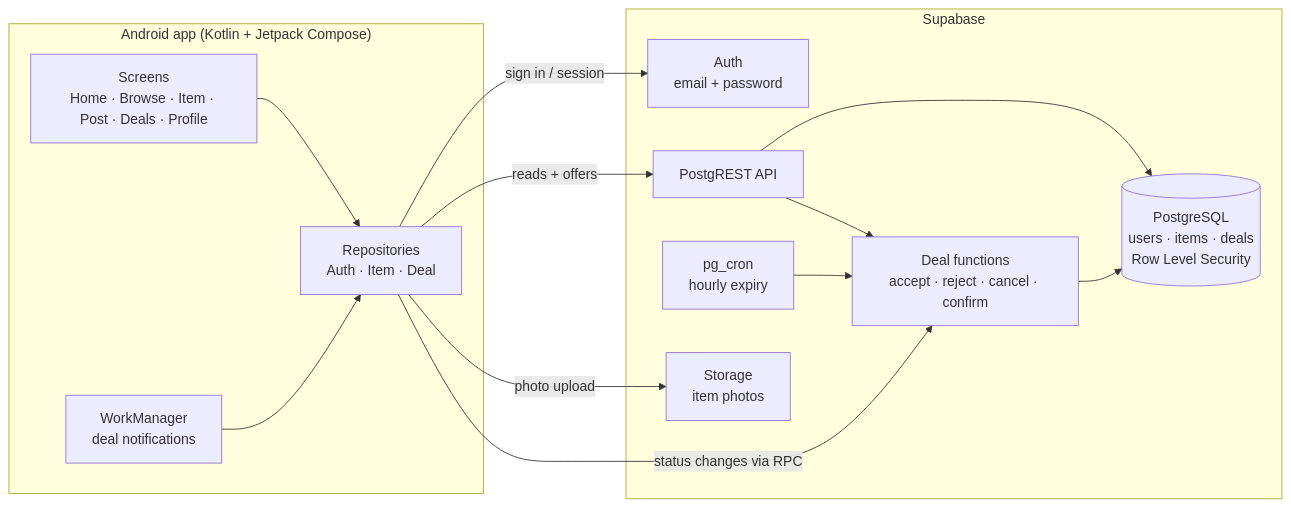
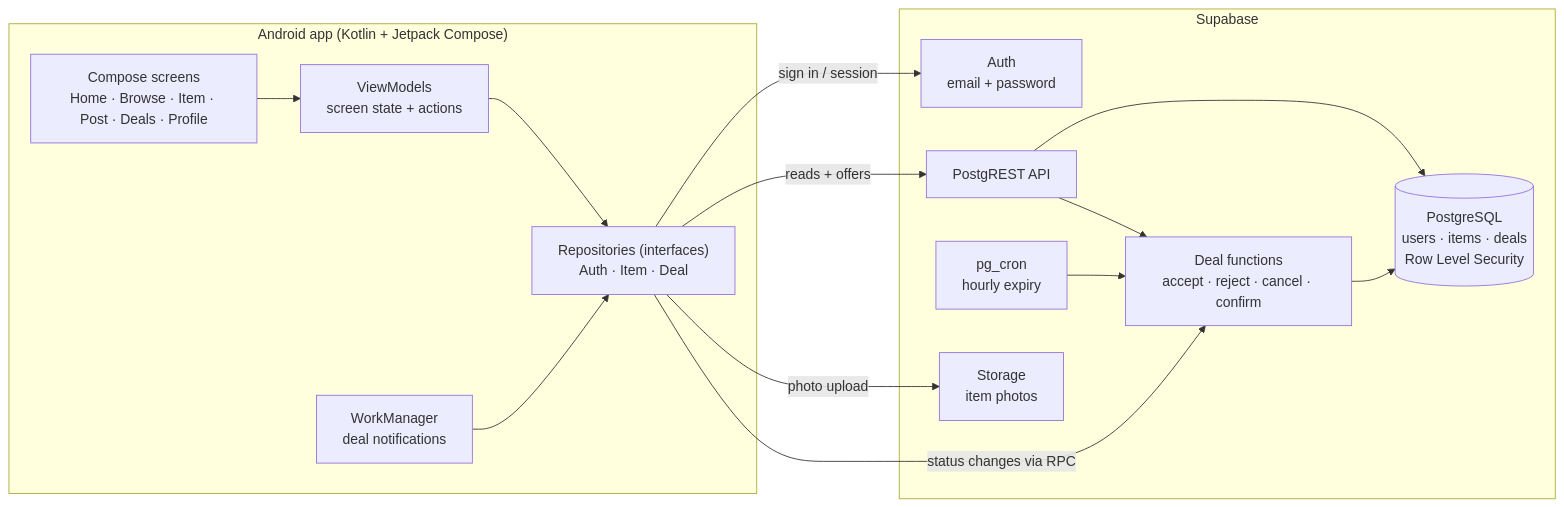
One commit to redrighthand2007/SWYCH changed the diagram in README.md. Above: the diagram before and after it, drawn with Mermaid. The commit also changed other lines of this file and 31 other files, not shown here.

````diff
--- a/README.md
+++ b/README.md
@@ -54,27 +54,28 @@
 ```mermaid
 flowchart LR
     subgraph App["Android app (Kotlin + Jetpack Compose)"]
-        UI["Screens<br/>Home · Browse · Item · Post · Deals · Profile"]
-        Repo["Repositories<br/>Auth · Item · Deal"]
+        UI["Compose screens<br/>Home · Browse · Item · Post · Deals · Profile"]
+        VM["ViewModels<br/>screen state + actions"]
+        Repo["Repositories (interfaces)<br/>Auth · Item · Deal"]
         Worker["WorkManager<br/>deal notifications"]
-        UI --> Repo
+        UI --> VM --> Repo
         Worker --> Repo
     end
 
     subgraph Supabase
         Auth["Auth<br/>email + password"]
         API["PostgREST API"]
         DB[("PostgreSQL<br/>users · items · deals<br/>Row Level Security")]
         Fn["Deal functions<br/>accept · reject · cancel · confirm"]
         Cron["pg_cron<br/>hourly expiry"]
         Storage["Storage<br/>item photos"]
         API --> DB
         API --> Fn --> DB
         Cron --> Fn
     end
 
     Repo -->|sign in / session| Auth
     Repo -->|reads + offers| API
     Repo -->|status changes via RPC| Fn
     Repo -->|photo upload| Storage
 ```
````
